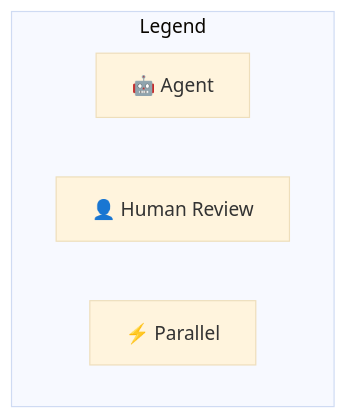
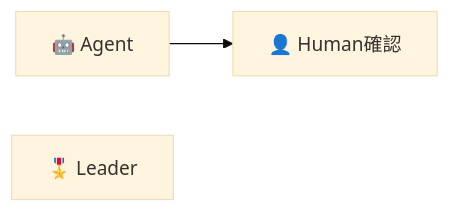
Before and after one commit to new-sankaku/toybox: the eighth of 13 diagrams in langgraph/ARCHITECTURE.md, drawn with Mermaid (base theme). The commit also changed other lines of this file, not shown here.

First line of the commit message:
Major architecture redesign with Leader agents and iteration model

````diff
--- a/langgraph/ARCHITECTURE.md
+++ b/langgraph/ARCHITECTURE.md
@@ -78,9 +342,5 @@
 ```mermaid
-flowchart TB
-    subgraph Legend["Legend"]
-        direction LR
-        L1["🤖 Agent"]
-        L2["👤 Human Review"]
-        L3["⚡ Parallel"]
-    end
+flowchart LR
+    L1["🤖 Agent"] --> L2["👤 Human確認"]
+    L3["🎖️ Leader"]
 ```
````
